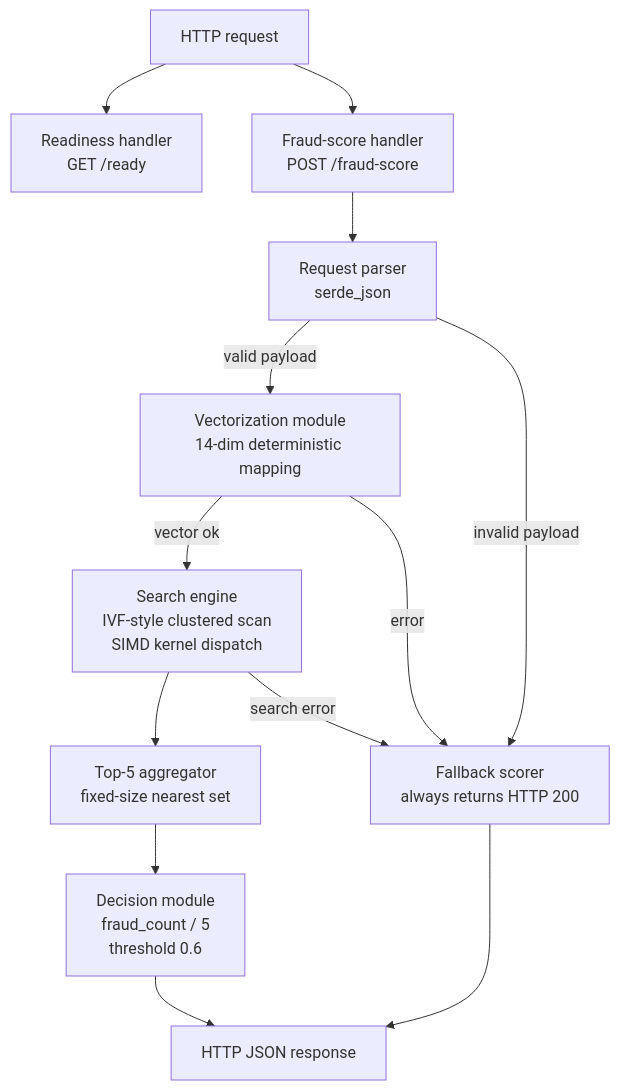
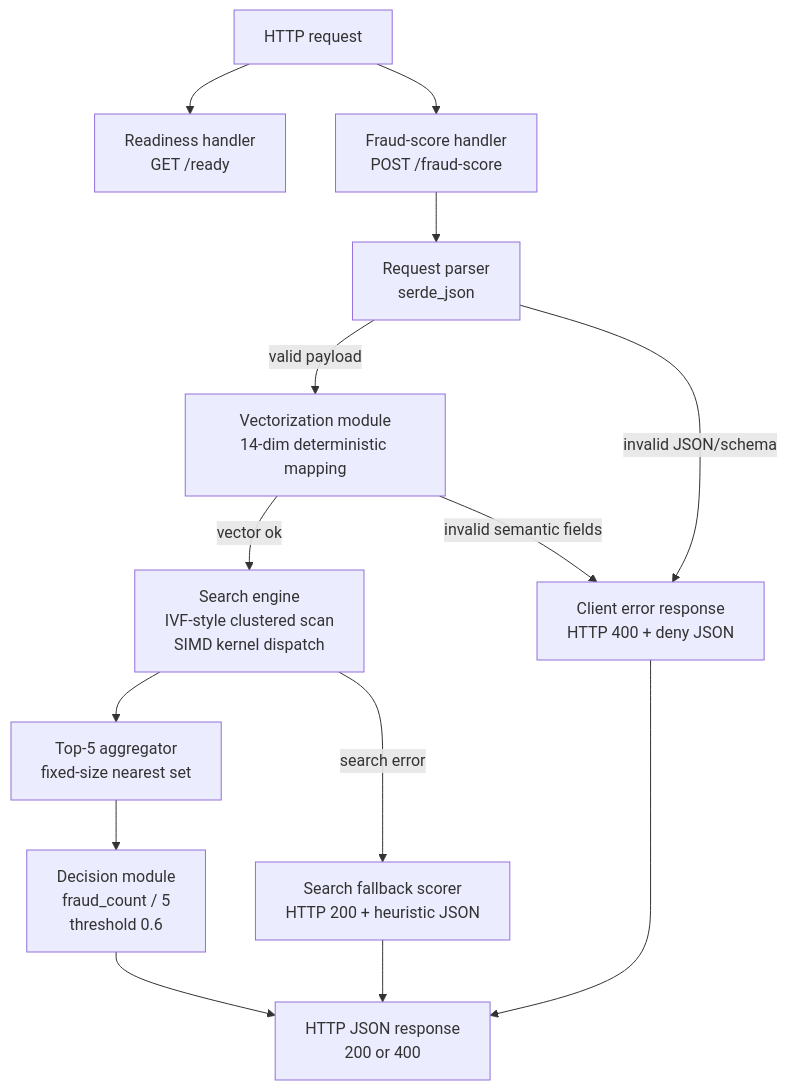
Before and after one commit to zanfranceschi/rinha-de-backend-2026: the third of 5 diagrams in docs/en/IMPLEMENTATION_C4.md, drawn with Mermaid. The commit also changed other lines of this file and 8 other files, not shown here.

````diff
--- a/docs/en/IMPLEMENTATION_C4.md
+++ b/docs/en/IMPLEMENTATION_C4.md
@@ -63,26 +71,28 @@
 ```mermaid
 flowchart TD
     req[HTTP request]
     ready[Readiness handler<br/>GET /ready]
     score[Fraud-score handler<br/>POST /fraud-score]
     parse[Request parser<br/>serde_json]
     vectorize[Vectorization module<br/>14-dim deterministic mapping]
     engine[Search engine<br/>IVF-style clustered scan<br/>SIMD kernel dispatch]
     topk[Top-5 aggregator<br/>fixed-size nearest set]
     decision[Decision module<br/>fraud_count / 5<br/>threshold 0.6]
-    fallback[Fallback scorer<br/>always returns HTTP 200]
-    resp[HTTP JSON response]
+    client_error[Client error response<br/>HTTP 400 + deny JSON]
+    fallback[Search fallback scorer<br/>HTTP 200 + heuristic JSON]
+    resp[HTTP JSON response<br/>200 or 400]
 
     req --> ready
     req --> score
     score --> parse
     parse -->|valid payload| vectorize
-    parse -->|invalid payload| fallback
+    parse -->|invalid JSON/schema| client_error
     vectorize -->|vector ok| engine
-    vectorize -->|error| fallback
+    vectorize -->|invalid semantic fields| client_error
     engine --> topk
     engine -->|search error| fallback
     topk --> decision
     decision --> resp
+    client_error --> resp
     fallback --> resp
 ```
````
